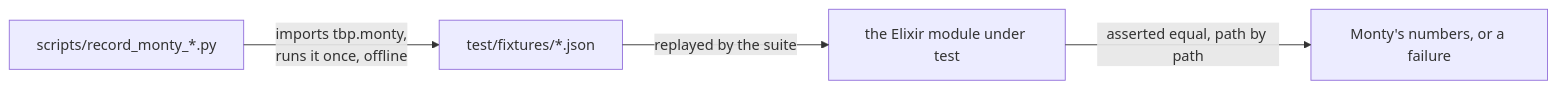
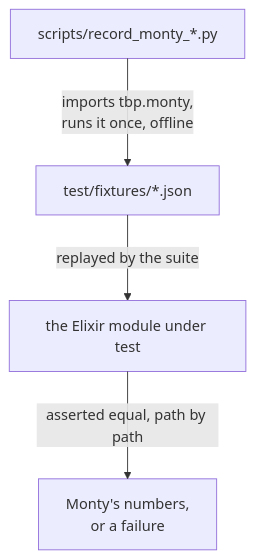
One commit to d-led/ex.tbp.monty changed the seventh of 7 diagrams in docs/architecture.md. Above: the diagram before and after it, drawn with Mermaid. The commit also changed other lines of this file, not shown here.

First line of the commit message:
docs: the flowcharts read downwards, and the boundaries are boxes

````diff
--- a/docs/architecture.md
+++ b/docs/architecture.md
@@ -240,10 +259,10 @@
 ```mermaid
 ---
 config:
   layout: elk
 ---
-flowchart LR
+flowchart TD
     scripts["scripts/record_monty_*.py"] -->|"imports tbp.monty,<br/>runs it once, offline"| fixtures["test/fixtures/*.json"]
     fixtures -->|"replayed by the suite"| modules["the Elixir module under test"]
-    modules -->|"asserted equal, path by path"| verdict["Monty's numbers, or a failure"]
+    modules -->|"asserted equal, path by path"| verdict["Monty's numbers,<br/>or a failure"]
 ```
````
